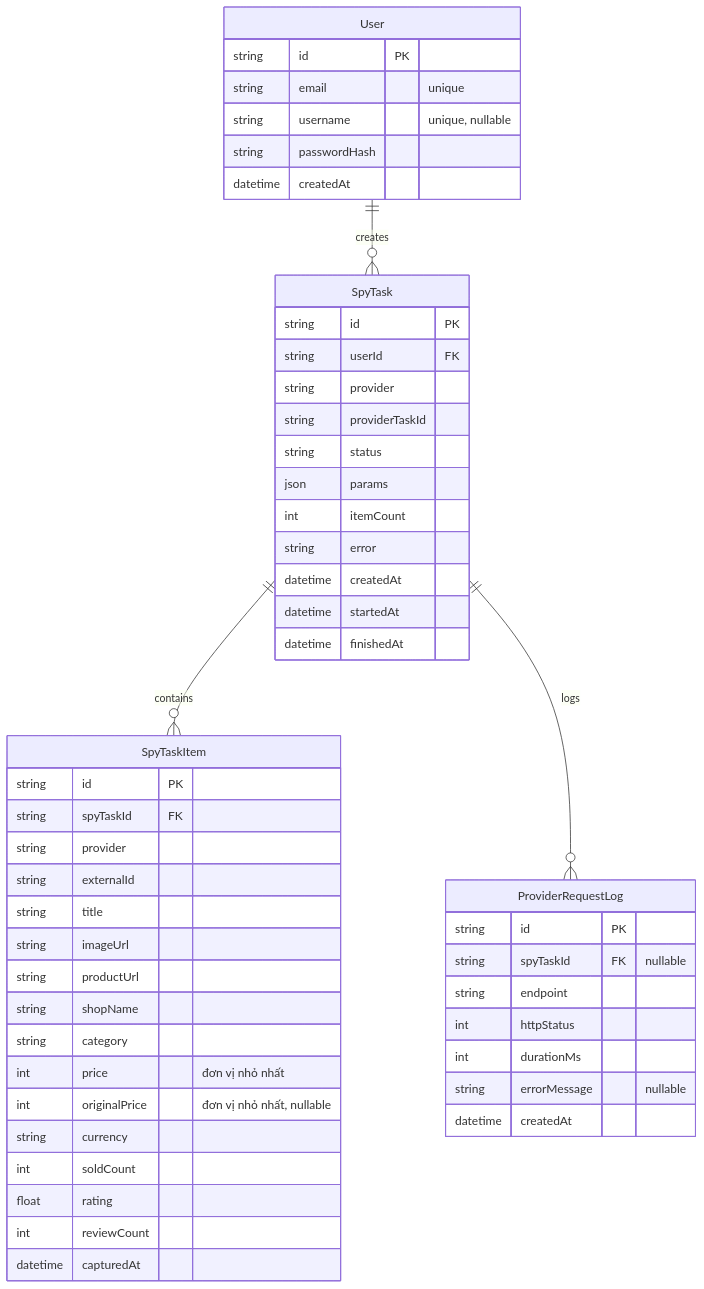
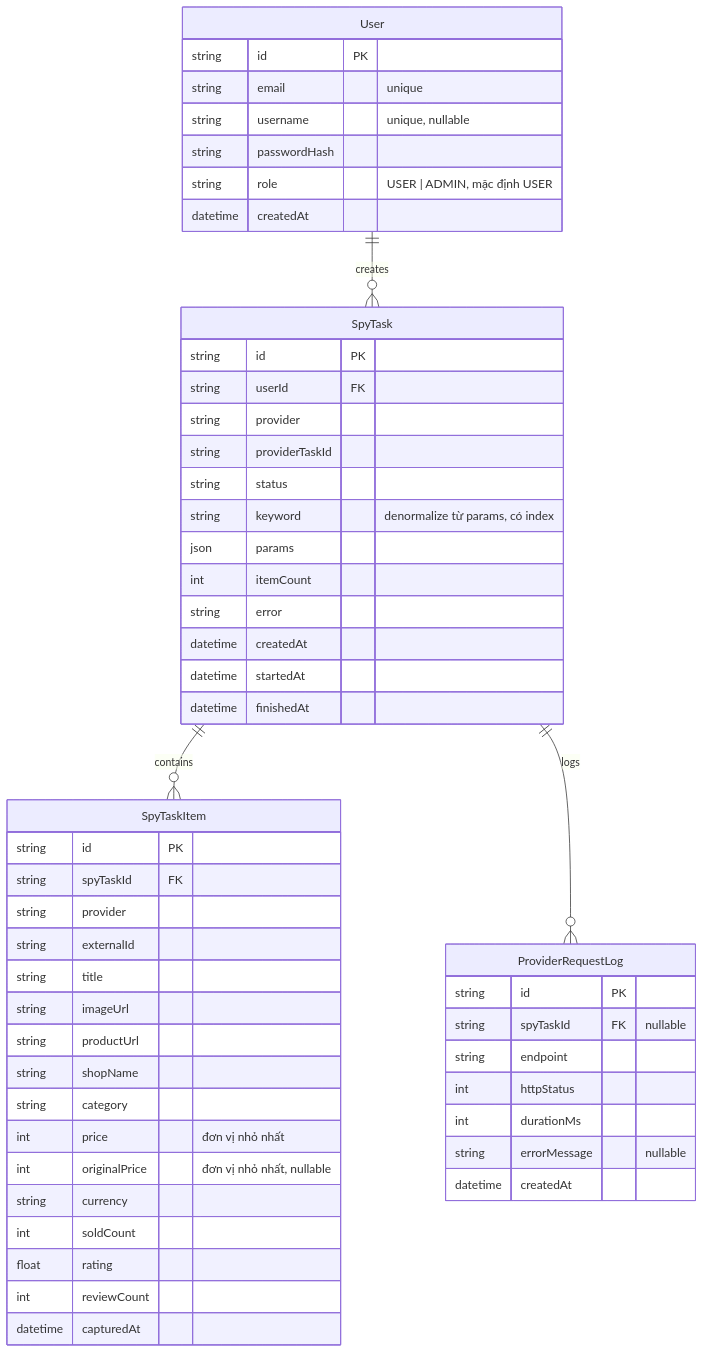
The diagram in docs/02-architecture/data-model.md (JSDNG/tiktok-spy), drawn with Mermaid before and after one commit. The commit also changed other lines of this file and 2 other files, not shown here.

First line of the commit message:
docs: document admin RBAC and statistics feature

````diff
--- a/docs/02-architecture/data-model.md
+++ b/docs/02-architecture/data-model.md
@@ -5,57 +5,59 @@
 ```mermaid
 erDiagram
     User ||--o{ SpyTask : creates
     SpyTask ||--o{ SpyTaskItem : contains
     SpyTask ||--o{ ProviderRequestLog : logs
 
     User {
         string id PK
         string email "unique"
         string username "unique, nullable"
         string passwordHash
+        string role "USER | ADMIN, mặc định USER"
         datetime createdAt
     }
 
     SpyTask {
         string id PK
         string userId FK
         string provider
         string providerTaskId
         string status
+        string keyword "denormalize từ params, có index"
         json params
         int itemCount
         string error
         datetime createdAt
         datetime startedAt
         datetime finishedAt
     }
 
     SpyTaskItem {
         string id PK
         string spyTaskId FK
         string provider
         string externalId
         string title
         string imageUrl
         string productUrl
         string shopName
         string category
         int price "đơn vị nhỏ nhất"
         int originalPrice "đơn vị nhỏ nhất, nullable"
         string currency
         int soldCount
         float rating
         int reviewCount
         datetime capturedAt
     }
 
     ProviderRequestLog {
         string id PK
         string spyTaskId FK "nullable"
         string endpoint
         int httpStatus
         int durationMs
         string errorMessage "nullable"
         datetime createdAt
     }
 ```
````
